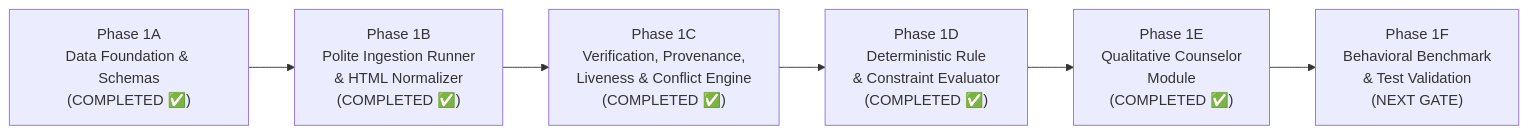
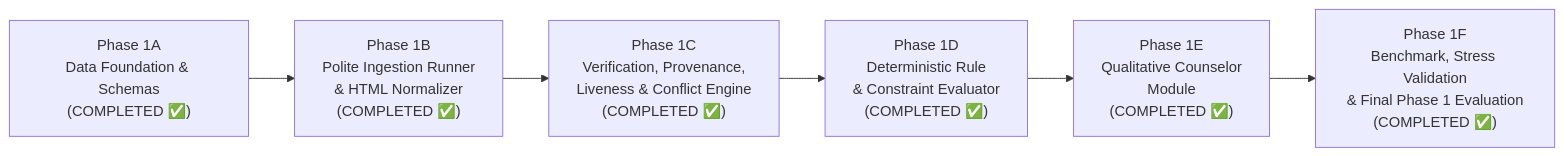
The diagram in docs/phase-1/README.md (ezekiyastsegaye123-cmyk/scholarship_project), drawn with Mermaid before and after one commit. The commit also changed other lines of this file and 8 other files, not shown here.

Commit message:
feat(phase-1f): complete comprehensive benchmark, stress, and invariant validation

````diff
--- a/docs/phase-1/README.md
+++ b/docs/phase-1/README.md
@@ -15,8 +15,8 @@
 ```mermaid
 flowchart LR
     P1A["Phase 1A<br/>Data Foundation & Schemas<br/>(COMPLETED ✅)"] --> P1B["Phase 1B<br/>Polite Ingestion Runner<br/>& HTML Normalizer<br/>(COMPLETED ✅)"]
     P1B --> P1C["Phase 1C<br/>Verification, Provenance,<br/>Liveness & Conflict Engine<br/>(COMPLETED ✅)"]
     P1C --> P1D["Phase 1D<br/>Deterministic Rule<br/>& Constraint Evaluator<br/>(COMPLETED ✅)"]
     P1D --> P1E["Phase 1E<br/>Qualitative Counselor<br/>Module<br/>(COMPLETED ✅)"]
-    P1E --> P1F["Phase 1F<br/>Behavioral Benchmark<br/>& Test Validation<br/>(NEXT GATE)"]
+    P1E --> P1F["Phase 1F<br/>Benchmark, Stress Validation<br/>& Final Phase 1 Evaluation<br/>(COMPLETED ✅)"]
 ```
````
